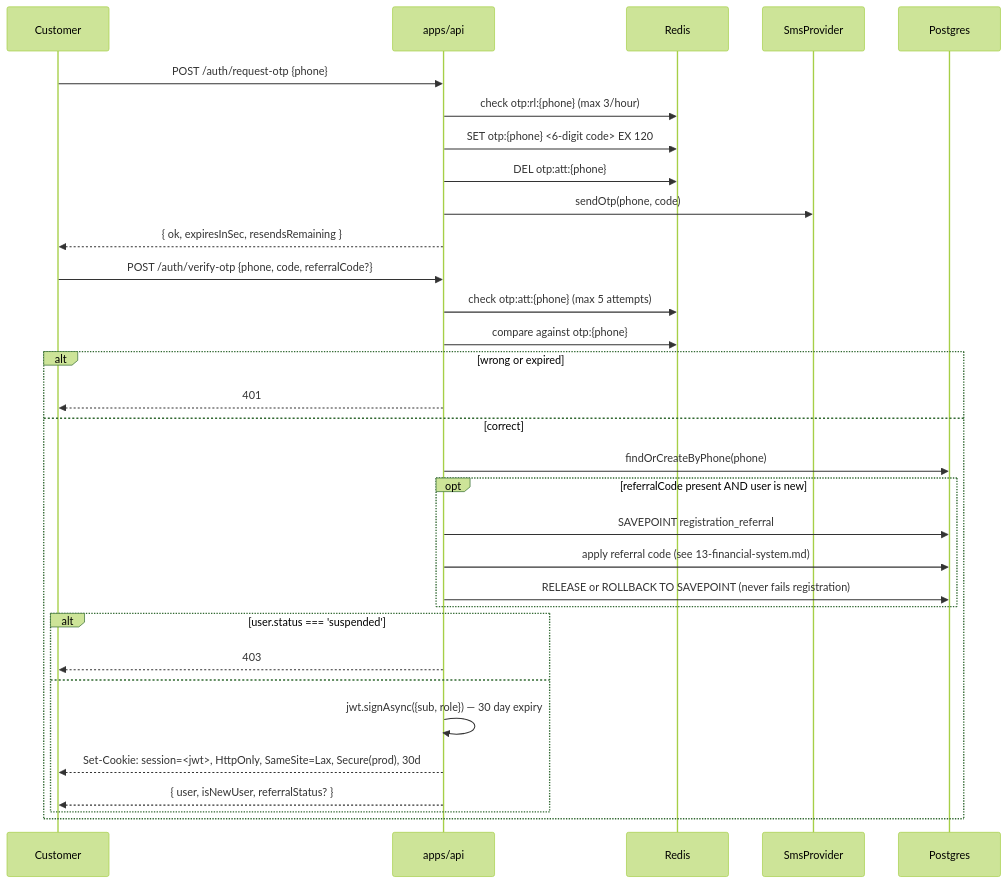
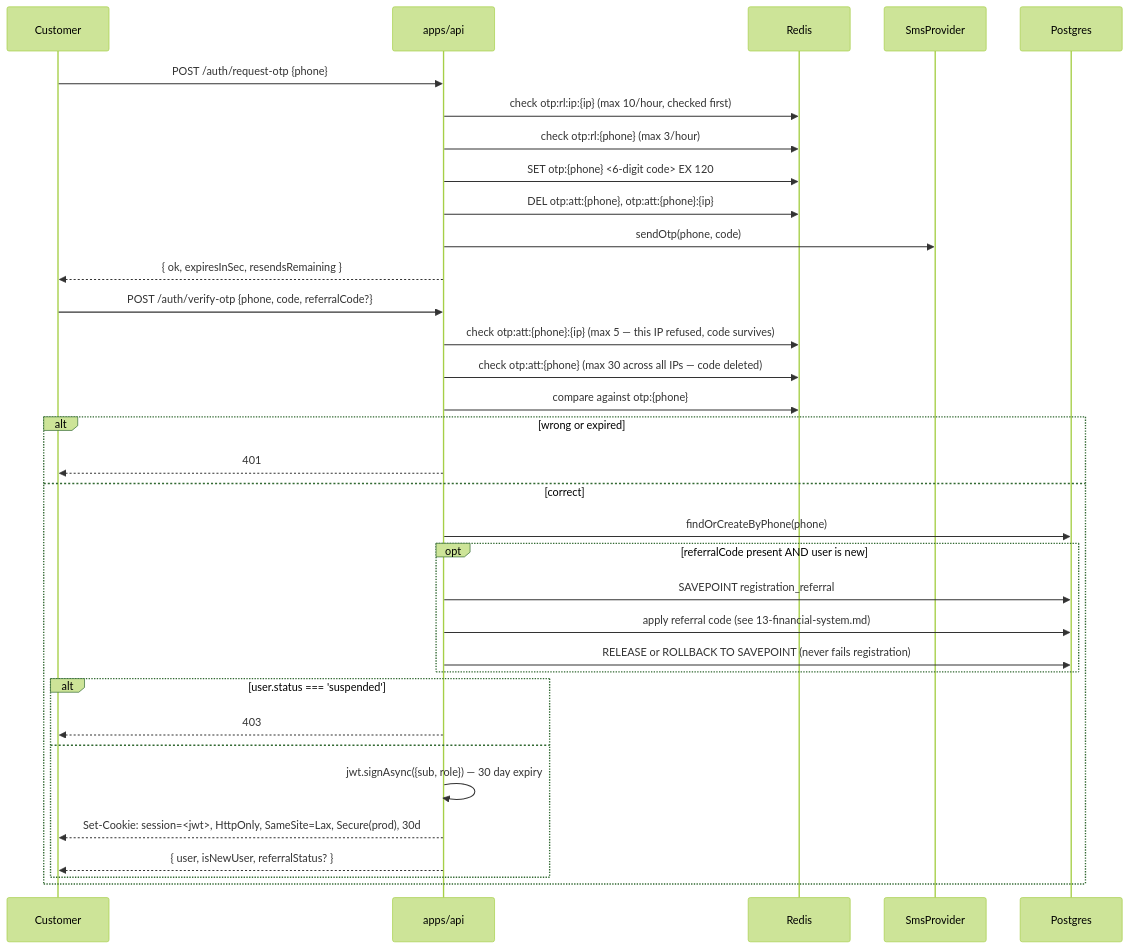
The diagram in docs/technical-overview/05-authentication.md (AmirHo3sein/gheychi), drawn with Mermaid (forest theme) before and after one commit. The commit also changed other lines of this file and 41 other files, not shown here.

````diff
--- a/docs/technical-overview/05-authentication.md
+++ b/docs/technical-overview/05-authentication.md
@@ -11,36 +11,38 @@
 ```mermaid
 sequenceDiagram
     participant U as Customer
     participant API as apps/api
     participant R as Redis
     participant SMS as SmsProvider
     participant DB as Postgres
 
     U->>API: POST /auth/request-otp {phone}
+    API->>R: check otp:rl:ip:{ip} (max 10/hour, checked first)
     API->>R: check otp:rl:{phone} (max 3/hour)
     API->>R: SET otp:{phone} <6-digit code> EX 120
-    API->>R: DEL otp:att:{phone}
+    API->>R: DEL otp:att:{phone}, otp:att:{phone}:{ip}
     API->>SMS: sendOtp(phone, code)
     API-->>U: { ok, expiresInSec, resendsRemaining }
 
     U->>API: POST /auth/verify-otp {phone, code, referralCode?}
-    API->>R: check otp:att:{phone} (max 5 attempts)
+    API->>R: check otp:att:{phone}:{ip} (max 5 — this IP refused, code survives)
+    API->>R: check otp:att:{phone} (max 30 across all IPs — code deleted)
     API->>R: compare against otp:{phone}
     alt wrong or expired
         API-->>U: 401
     else correct
         API->>DB: findOrCreateByPhone(phone)
         opt referralCode present AND user is new
             API->>DB: SAVEPOINT registration_referral
             API->>DB: apply referral code (see 13-financial-system.md)
             API->>DB: RELEASE or ROLLBACK TO SAVEPOINT (never fails registration)
         end
         alt user.status === 'suspended'
             API-->>U: 403
         else
             API->>API: jwt.signAsync({sub, role}) — 30 day expiry
             API-->>U: Set-Cookie: session=<jwt>, HttpOnly, SameSite=Lax, Secure(prod), 30d
             API-->>U: { user, isNewUser, referralStatus? }
         end
     end
 ```
````
